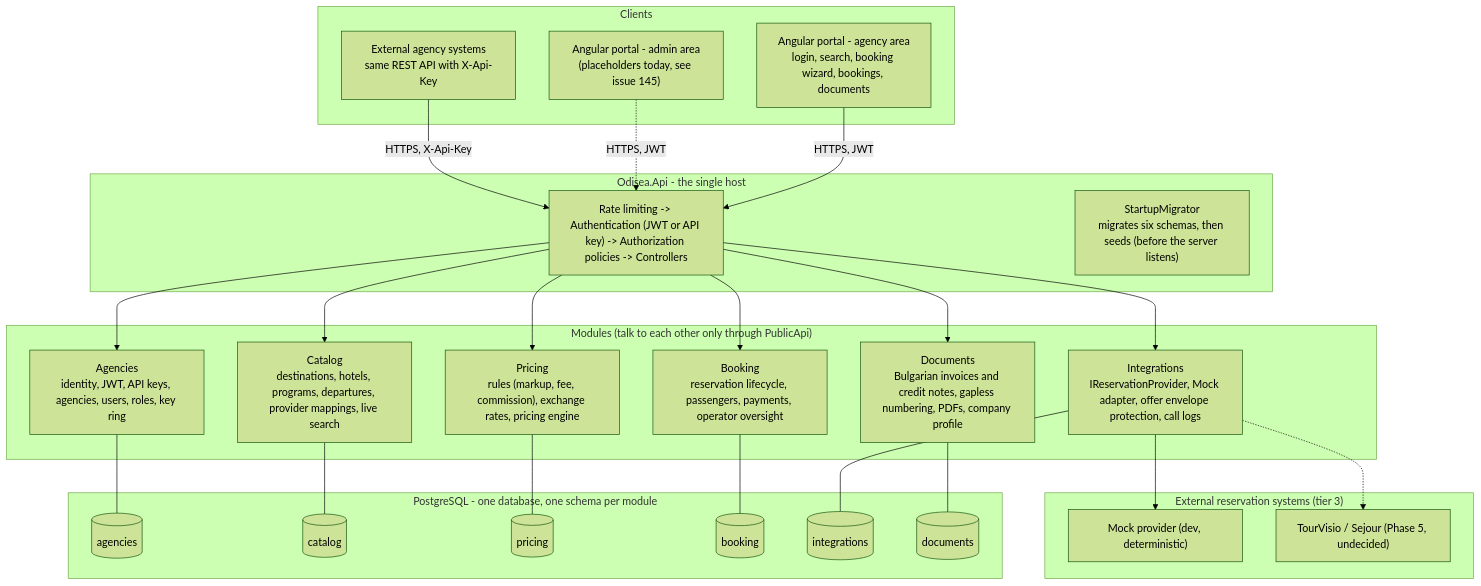
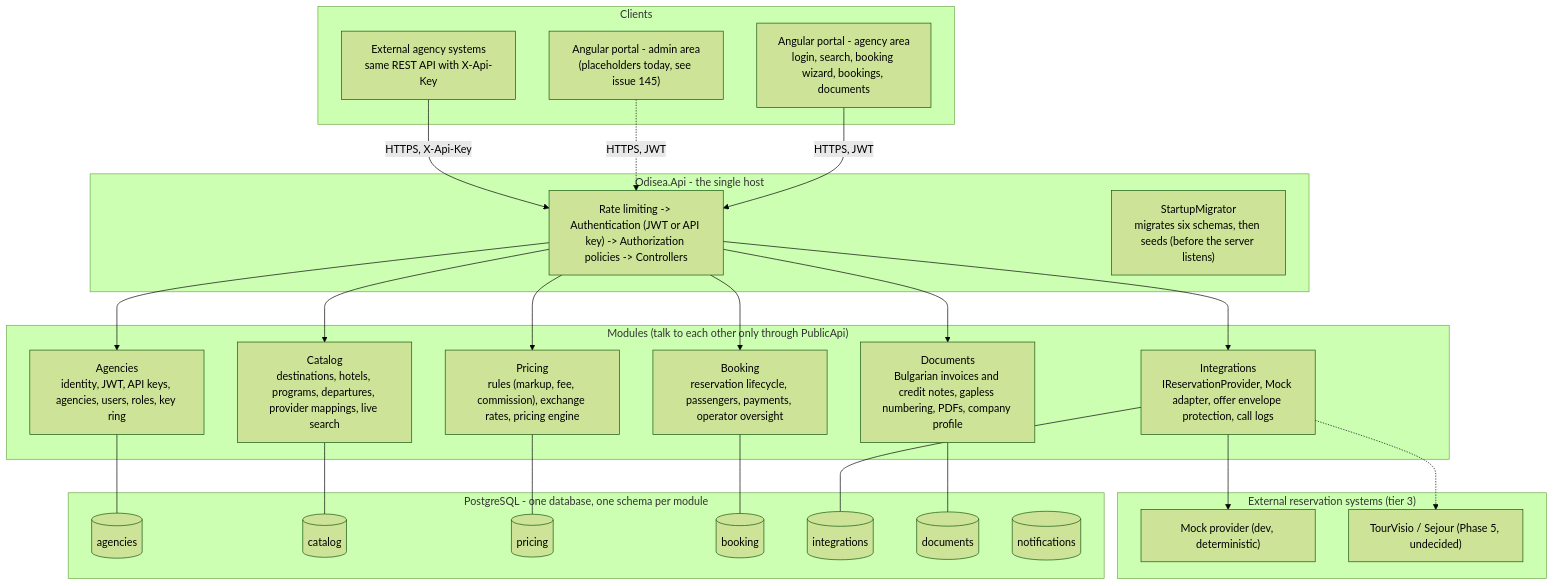
One commit to odisea-network/odisea changed the first of 7 diagrams in docs/SYSTEM-OVERVIEW.md. Above: the diagram before and after it, drawn with Mermaid (forest theme). The commit also changed other lines of this file and 31 other files, not shown here.

````diff
--- a/docs/SYSTEM-OVERVIEW.md
+++ b/docs/SYSTEM-OVERVIEW.md
@@ -9,49 +9,50 @@
 ```mermaid
 flowchart TB
     subgraph Clients
         portalA["Angular portal - agency area<br/>login, search, booking wizard, bookings, documents"]
         portalB["Angular portal - admin area<br/>(placeholders today, see issue 145)"]
         partner["External agency systems<br/>same REST API with X-Api-Key"]
     end
 
     subgraph Host["Odisea.Api - the single host"]
         pipeline["Rate limiting -> Authentication (JWT or API key) -> Authorization policies -> Controllers"]
         migrator["StartupMigrator<br/>migrates six schemas, then seeds (before the server listens)"]
     end
 
     subgraph Modules["Modules (talk to each other only through PublicApi)"]
         AG["Agencies<br/>identity, JWT, API keys, agencies, users, roles, key ring"]
         CAT["Catalog<br/>destinations, hotels, programs, departures, provider mappings, live search"]
         PRC["Pricing<br/>rules (markup, fee, commission), exchange rates, pricing engine"]
         BKG["Booking<br/>reservation lifecycle, passengers, payments, operator oversight"]
         INT["Integrations<br/>IReservationProvider, Mock adapter, offer envelope protection, call logs"]
         DOC["Documents<br/>Bulgarian invoices and credit notes, gapless numbering, PDFs, company profile"]
     end
 
     subgraph DB["PostgreSQL - one database, one schema per module"]
         s1[(agencies)]
         s2[(catalog)]
         s3[(pricing)]
         s4[(booking)]
         s5[(integrations)]
         s6[(documents)]
+        s7[(notifications)]
     end
 
     subgraph Providers["External reservation systems (tier 3)"]
         MOCK["Mock provider (dev, deterministic)"]
         REAL["TourVisio / Sejour (Phase 5, undecided)"]
     end
 
     portalA -->|HTTPS, JWT| pipeline
     portalB -.->|HTTPS, JWT| pipeline
     partner -->|HTTPS, X-Api-Key| pipeline
     pipeline --> AG & CAT & PRC & BKG & INT & DOC
     AG --- s1
     CAT --- s2
     PRC --- s3
     BKG --- s4
     INT --- s5
     DOC --- s6
     INT --> MOCK
     INT -.-> REAL
 ```
````
